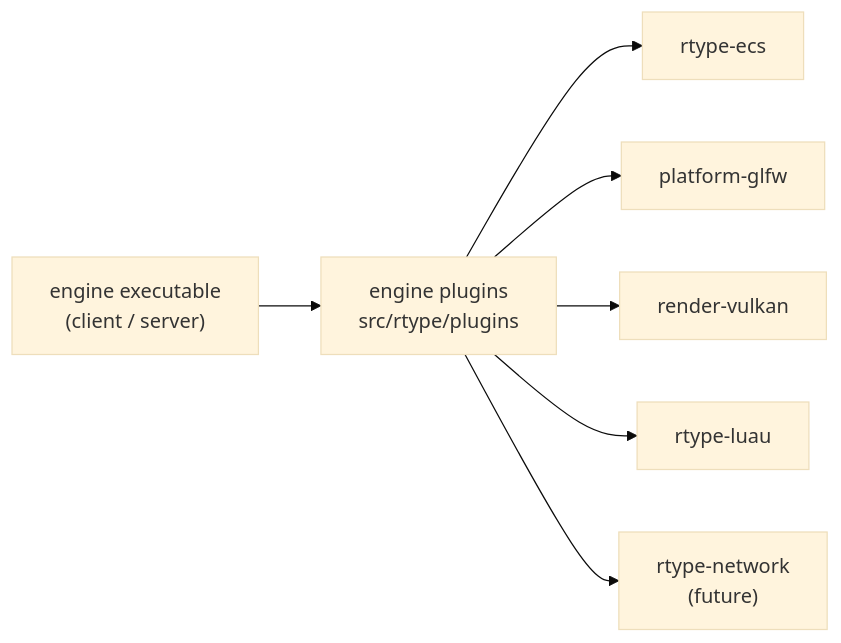
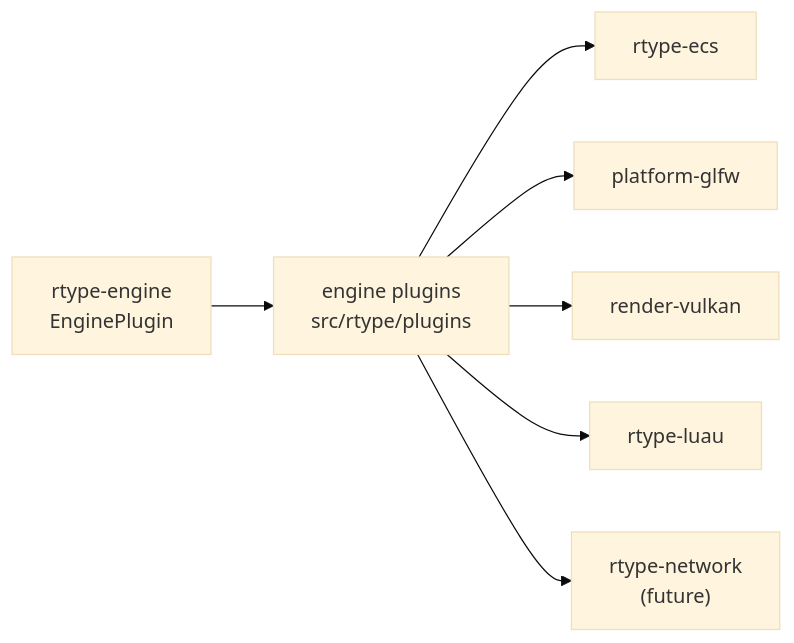
One commit to Charles-Mahoudeau/rtype changed the second of 13 diagrams in docs/ecs/design.md. Above: the diagram before and after it, drawn with Mermaid (base theme). The commit also changed other lines of this file and 1 other file, not shown here.

Commit message:
docs(ecs): document the engine plugin

````diff
--- a/docs/ecs/design.md
+++ b/docs/ecs/design.md
@@ -104,9 +104,9 @@
 ```mermaid
 flowchart LR
-    engine["engine executable<br/>(client / server)"] --> plugins["engine plugins<br/>src/rtype/plugins"]
+    engine["rtype-engine<br/>EnginePlugin"] --> plugins["engine plugins<br/>src/rtype/plugins"]
     plugins --> ecs["rtype-ecs"]
     plugins --> glfw["platform-glfw"]
     plugins --> vulkan["render-vulkan"]
     plugins --> luau["rtype-luau"]
     plugins --> network["rtype-network<br/>(future)"]
 ```
````
